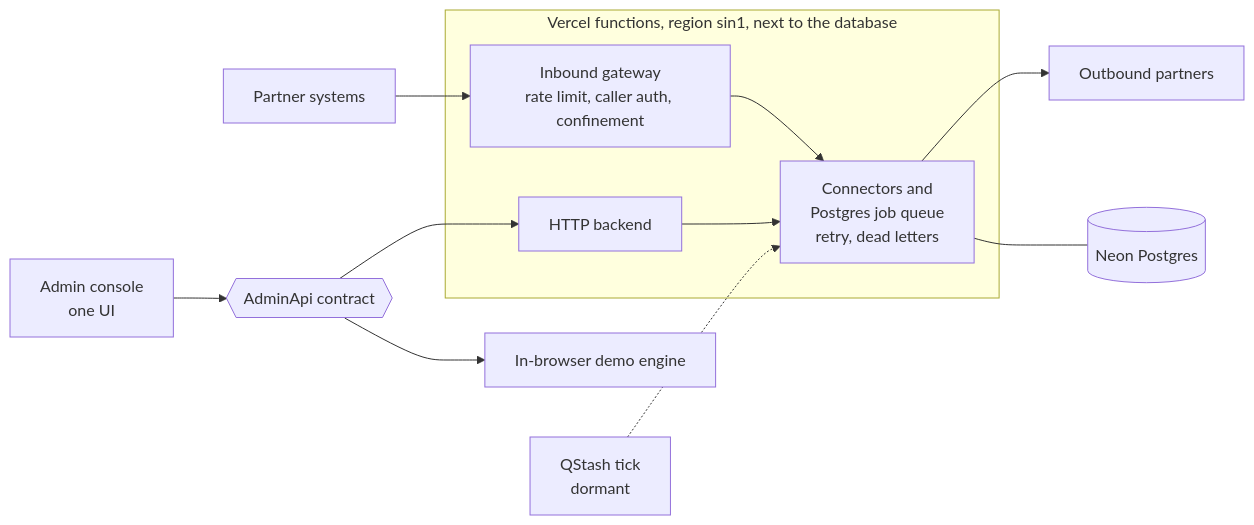
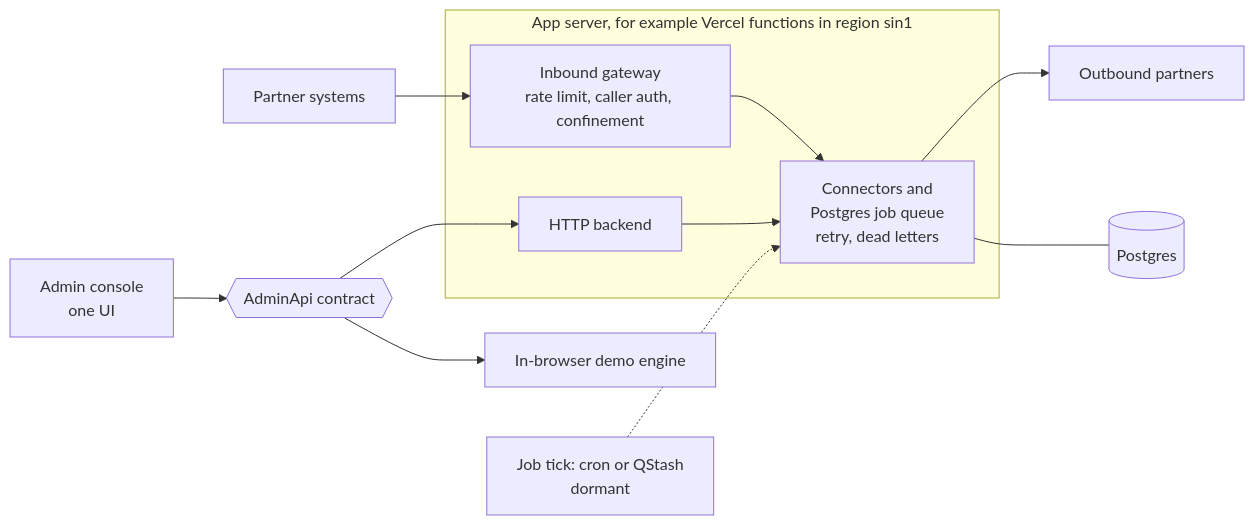
One commit to faizkhairi/interchange-demo changed the diagram in README.md. Above: the diagram before and after it, drawn with Mermaid. The commit also changed other lines of this file and 5 other files, not shown here.

Commit message:
docs: sync P8 (self-hosting with Docker Compose, CRON_SECRET tick, any Postgres; Vercel, Neon and QStash optional)

````diff
--- a/README.md
+++ b/README.md
@@ -30,17 +30,17 @@
 ```mermaid
 flowchart LR
   PIN["Partner systems"] --> G["Inbound gateway<br/>rate limit, caller auth, confinement"]
   G --> C["Connectors and<br/>Postgres job queue<br/>retry, dead letters"]
   C --> POUT["Outbound partners"]
   UI["Admin console<br/>one UI"] --> API{{"AdminApi contract"}}
   API --> H["HTTP backend"]
   API --> D["In-browser demo engine"]
   H --> C
-  C --- DB[("Neon Postgres")]
-  Q["QStash tick<br/>dormant"] -.-> C
-  subgraph V["Vercel functions, region sin1, next to the database"]
+  C --- DB[("Postgres")]
+  Q["Job tick: cron or QStash<br/>dormant"] -.-> C
+  subgraph V["App server, for example Vercel functions in region sin1"]
     G
     C
     H
   end
 ```
````
